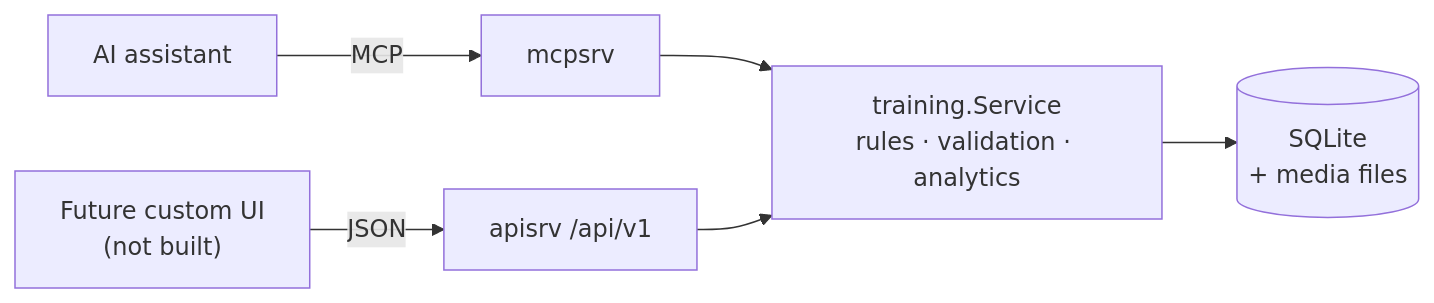
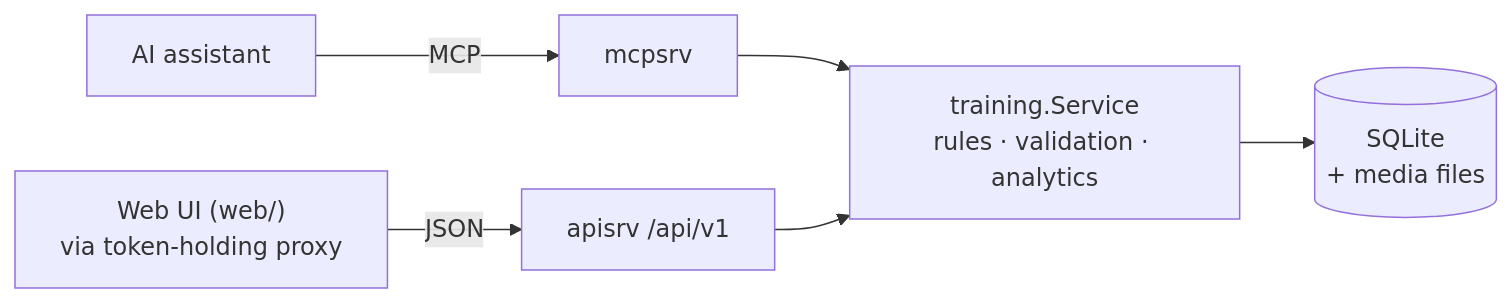
The diagram in README.md (oriamos/workout-body), drawn with Mermaid before and after one commit. The commit also changed other lines of this file and 25 other files, not shown here.

First line of the commit message:
Connect the web UI to the engine API

````diff
--- a/README.md
+++ b/README.md
@@ -68,8 +68,8 @@
 ```mermaid
 flowchart LR
     Assistant["AI assistant"] -->|MCP| MCP["mcpsrv"]
-    UI["Future custom UI<br/>(not built)"] -->|JSON| API["apisrv /api/v1"]
+    UI["Web UI (web/)<br/>via token-holding proxy"] -->|JSON| API["apisrv /api/v1"]
     MCP --> SVC["training.Service<br/>rules · validation · analytics"]
     API --> SVC
     SVC --> SQL[("SQLite<br/>+ media files")]
 ```
````
